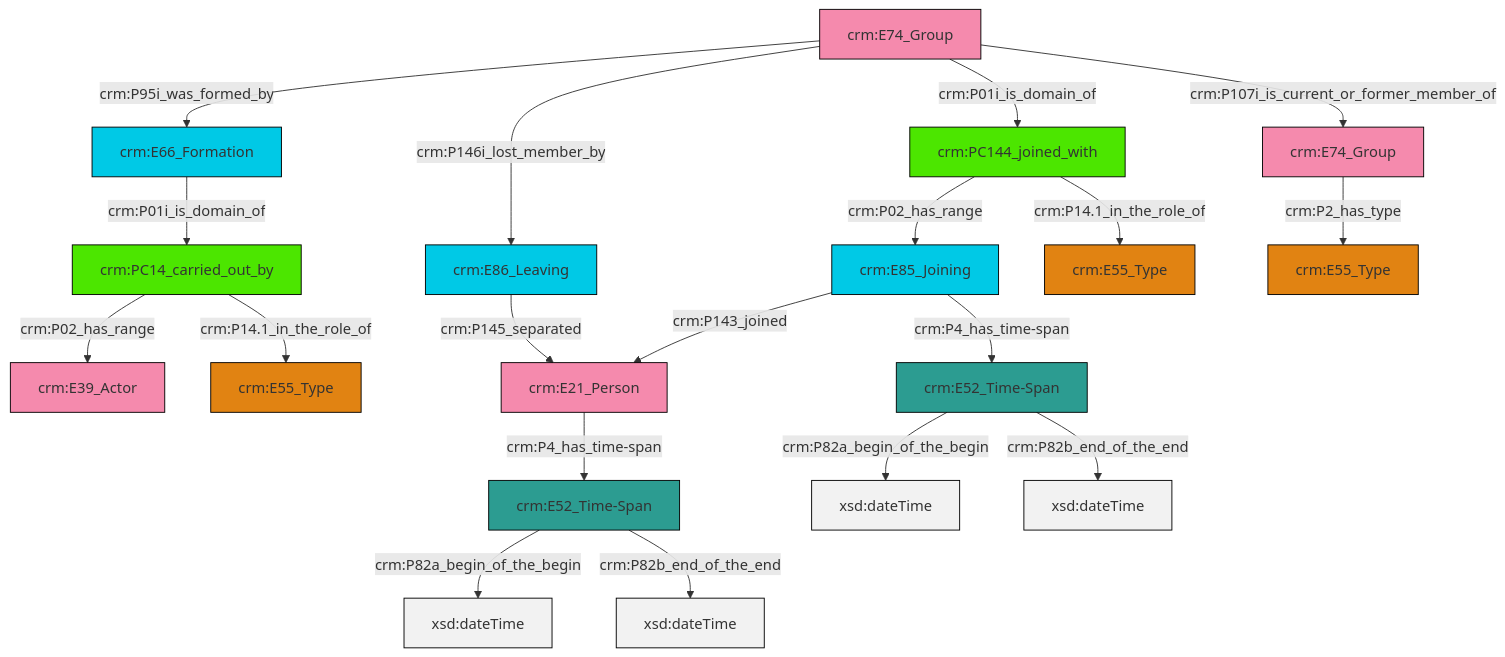
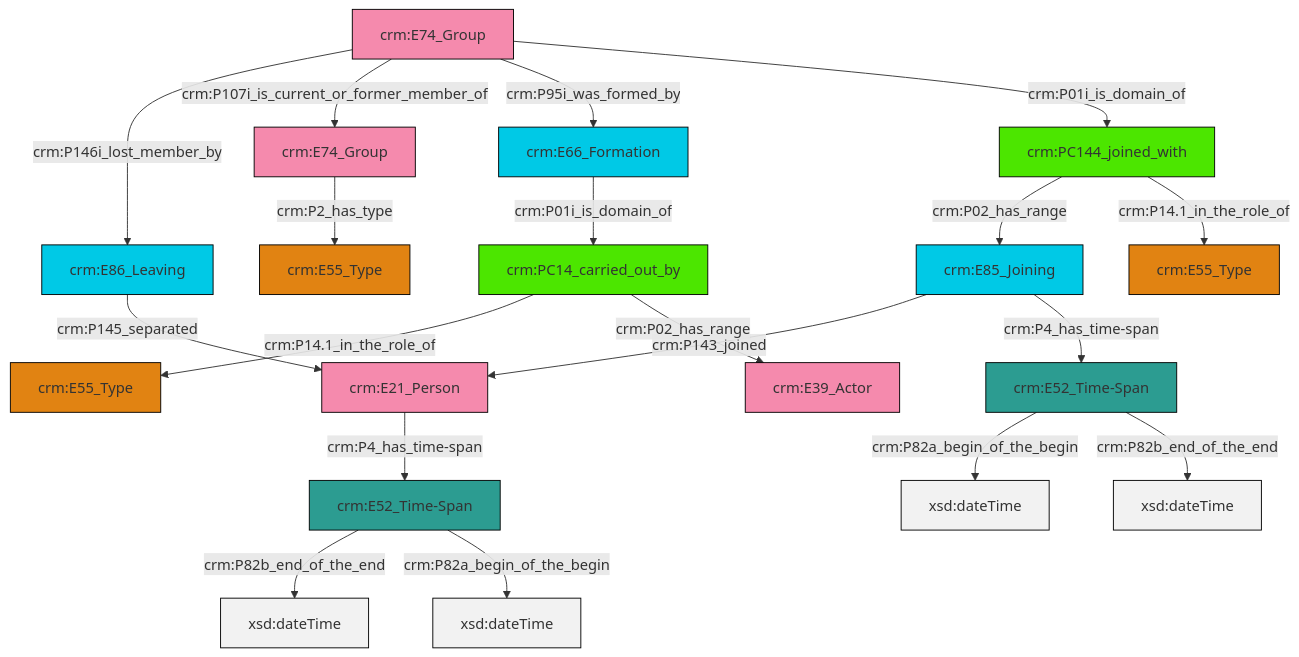
Before and after one commit to swiss-art-research-net/docs.swissartresearch: the diagram in et/groupCSV/ttl/mmd/group_actor_relations.ttl.mmd, drawn with Mermaid. The commit also changed 128 other files, not shown here.

```diff
--- a/et/groupCSV/ttl/mmd/group_actor_relations.ttl.mmd
+++ b/et/groupCSV/ttl/mmd/group_actor_relations.ttl.mmd
@@ -1,33 +1,33 @@
 graph TD
 classDef Literal fill:#f2f2f2,stroke:#000000;
 classDef CRM_Entity fill:#FFFFFF,stroke:#000000;
 classDef Temporal_Entity fill:#00C9E6, stroke:#000000;
 classDef Type fill:#E18312, stroke:#000000;
 classDef Time-Span fill:#2C9C91, stroke:#000000;
 classDef Appellation fill:#FFEB7F, stroke:#000000;
 classDef Place fill:#008836, stroke:#000000;
 classDef Persistent_Item fill:#B266B2, stroke:#000000;
 classDef Conceptual_Object fill:#FFD700, stroke:#000000;
 classDef Physical_Thing fill:#D2B48C, stroke:#000000;
 classDef Actor fill:#f58aad, stroke:#000000;
 classDef PC_Classes fill:#4ce600, stroke:#000000;
 classDef Multi fill:#cccccc,stroke:#000000;
 
-0["crm:PC144_joined_with"]:::PC_Classes -->|crm:P02_has_range| 1["crm:E85_Joining"]:::Temporal_Entity
-2["crm:PC14_carried_out_by"]:::PC_Classes -->|crm:P02_has_range| 6["crm:E39_Actor"]:::Actor
-14["crm:E74_Group"]:::Actor -->|crm:P2_has_type| 15["crm:E55_Type"]:::Type
-18["crm:E52_Time-Span"]:::Time-Span -->|crm:P82a_begin_of_the_begin| 22[xsd:dateTime]:::Literal
-12["crm:E74_Group"]:::Actor -->|crm:P146i_lost_member_by| 4["crm:E86_Leaving"]:::Temporal_Entity
-1["crm:E85_Joining"]:::Temporal_Entity -->|crm:P143_joined| 23["crm:E21_Person"]:::Actor
-18["crm:E52_Time-Span"]:::Time-Span -->|crm:P82b_end_of_the_end| 25[xsd:dateTime]:::Literal
-1["crm:E85_Joining"]:::Temporal_Entity -->|crm:P4_has_time-span| 18["crm:E52_Time-Span"]:::Time-Span
-20["crm:E52_Time-Span"]:::Time-Span -->|crm:P82a_begin_of_the_begin| 27[xsd:dateTime]:::Literal
-12["crm:E74_Group"]:::Actor -->|crm:P95i_was_formed_by| 16["crm:E66_Formation"]:::Temporal_Entity
-4["crm:E86_Leaving"]:::Temporal_Entity -->|crm:P145_separated| 23["crm:E21_Person"]:::Actor
-16["crm:E66_Formation"]:::Temporal_Entity -->|crm:P01i_is_domain_of| 2["crm:PC14_carried_out_by"]:::PC_Classes
-20["crm:E52_Time-Span"]:::Time-Span -->|crm:P82b_end_of_the_end| 30[xsd:dateTime]:::Literal
-2["crm:PC14_carried_out_by"]:::PC_Classes -->|crm:P14.1_in_the_role_of| 10["crm:E55_Type"]:::Type
-12["crm:E74_Group"]:::Actor -->|crm:P01i_is_domain_of| 0["crm:PC144_joined_with"]:::PC_Classes
-23["crm:E21_Person"]:::Actor -->|crm:P4_has_time-span| 20["crm:E52_Time-Span"]:::Time-Span
-0["crm:PC144_joined_with"]:::PC_Classes -->|crm:P14.1_in_the_role_of| 8["crm:E55_Type"]:::Type
-12["crm:E74_Group"]:::Actor -->|crm:P107i_is_current_or_former_member_of| 14["crm:E74_Group"]:::Actor
+2["crm:PC14_carried_out_by"]:::PC_Classes -->|crm:P14.1_in_the_role_of| 3["crm:E55_Type"]:::Type
+4["crm:E74_Group"]:::Actor -->|crm:P146i_lost_member_by| 5["crm:E86_Leaving"]:::Temporal_Entity
+6["crm:E52_Time-Span"]:::Time-Span -->|crm:P82b_end_of_the_end| 8[xsd:dateTime]:::Literal
+17["crm:E74_Group"]:::Actor -->|crm:P2_has_type| 0["crm:E55_Type"]:::Type
+10["crm:PC144_joined_with"]:::PC_Classes -->|crm:P02_has_range| 15["crm:E85_Joining"]:::Temporal_Entity
+18["crm:E52_Time-Span"]:::Time-Span -->|crm:P82a_begin_of_the_begin| 19[xsd:dateTime]:::Literal
+18["crm:E52_Time-Span"]:::Time-Span -->|crm:P82b_end_of_the_end| 26[xsd:dateTime]:::Literal
+4["crm:E74_Group"]:::Actor -->|crm:P107i_is_current_or_former_member_of| 17["crm:E74_Group"]:::Actor
+15["crm:E85_Joining"]:::Temporal_Entity -->|crm:P143_joined| 21["crm:E21_Person"]:::Actor
+5["crm:E86_Leaving"]:::Temporal_Entity -->|crm:P145_separated| 21["crm:E21_Person"]:::Actor
+4["crm:E74_Group"]:::Actor -->|crm:P95i_was_formed_by| 12["crm:E66_Formation"]:::Temporal_Entity
+21["crm:E21_Person"]:::Actor -->|crm:P4_has_time-span| 6["crm:E52_Time-Span"]:::Time-Span
+12["crm:E66_Formation"]:::Temporal_Entity -->|crm:P01i_is_domain_of| 2["crm:PC14_carried_out_by"]:::PC_Classes
+6["crm:E52_Time-Span"]:::Time-Span -->|crm:P82a_begin_of_the_begin| 31[xsd:dateTime]:::Literal
+2["crm:PC14_carried_out_by"]:::PC_Classes -->|crm:P02_has_range| 33["crm:E39_Actor"]:::Actor
+4["crm:E74_Group"]:::Actor -->|crm:P01i_is_domain_of| 10["crm:PC144_joined_with"]:::PC_Classes
+15["crm:E85_Joining"]:::Temporal_Entity -->|crm:P4_has_time-span| 18["crm:E52_Time-Span"]:::Time-Span
+10["crm:PC144_joined_with"]:::PC_Classes -->|crm:P14.1_in_the_role_of| 23["crm:E55_Type"]:::Type
```
